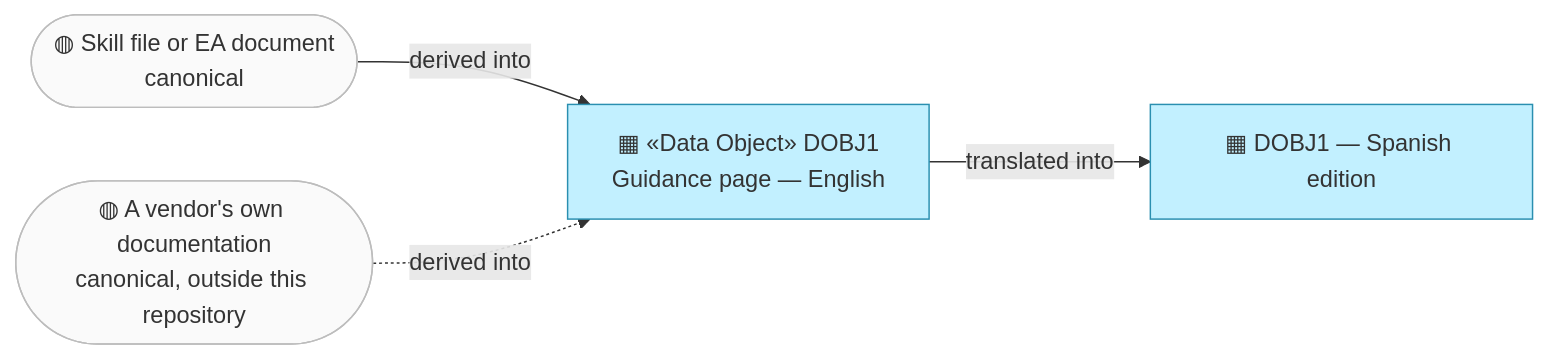
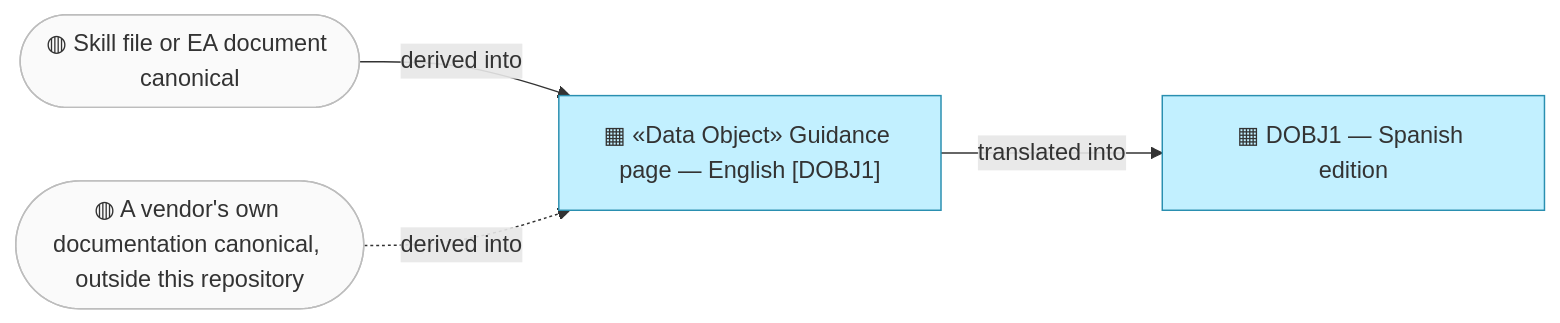
One commit to roanboc/architecture-archreator changed the second of 2 diagrams in product-archreator/site/architecture/3_information/1_data-objects.md. Above: the diagram before and after it, drawn with Mermaid. The commit also changed other lines of this file and 38 other files, not shown here.

````diff
--- a/product-archreator/site/architecture/3_information/1_data-objects.md
+++ b/product-archreator/site/architecture/3_information/1_data-objects.md
@@ -32,14 +32,14 @@
 ```mermaid
 flowchart LR
-  skill(["◍ Skill file or EA document<br>canonical"]):::note
-  dobj1["▦ «Data Object» DOBJ1<br>Guidance page — English"]:::data
+  skill(["◍ Skill file or EA document canonical"]):::note
+  dobj1["▦ «Data Object» Guidance page — English [DOBJ1]"]:::data
   dobj1es["▦ DOBJ1 — Spanish edition"]:::data
-  vendor(["◍ A vendor's own documentation<br>canonical, outside this repository"]):::note
+  vendor(["◍ A vendor's own documentation canonical, outside this repository"]):::note
 
   skill -->|derived into| dobj1
   dobj1 -->|translated into| dobj1es
   vendor -.->|derived into| dobj1
 
   classDef data fill:#c2f0ff,stroke:#2a8fb0,color:#333
   classDef note fill:#fafafa,stroke:#bdbdbd,color:#333
 ```
````
